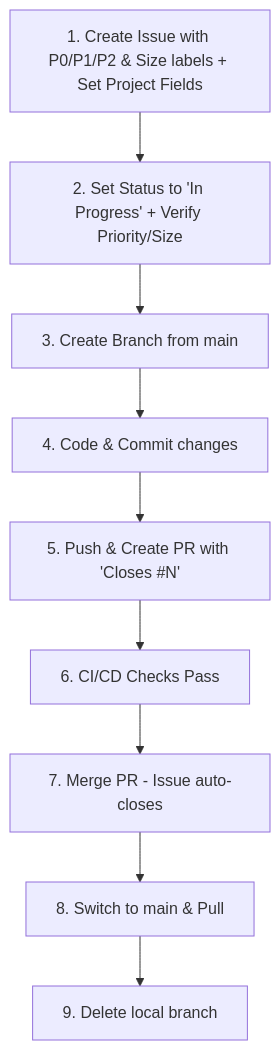
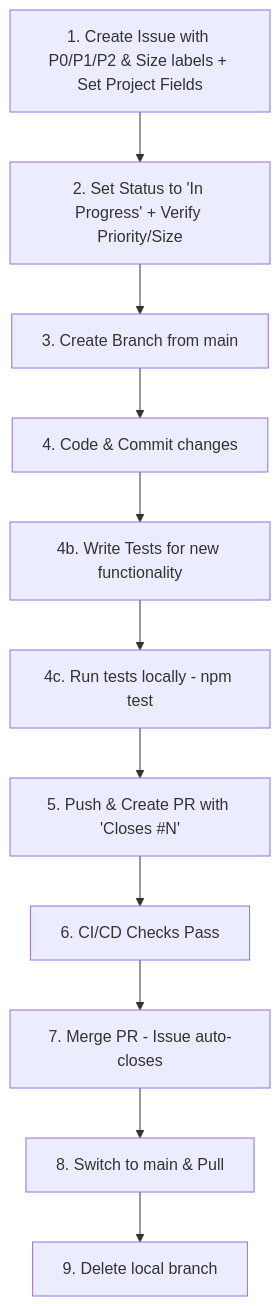
Before and after one commit to nmohamaya/Cooking_app: the diagram in MyRecipeApp/README.md, drawn with Mermaid. The commit also changed other lines of this file, not shown here.

Commit message:
docs: add testing requirement to development workflow (Issue #17)
- Add requirement to write tests for all new functionality
- Update workflow diagram to include testing steps
- Add testing requirements section in step 4
- Update PR template to include test status
- Emphasize tests must pass before creating PR

````diff
--- a/MyRecipeApp/README.md
+++ b/MyRecipeApp/README.md
@@ -105,11 +105,13 @@
 ```mermaid
 graph TD
     A[1. Create Issue with P0/P1/P2 & Size labels + Set Project Fields] --> B[2. Set Status to 'In Progress' + Verify Priority/Size]
     B --> C[3. Create Branch from main]
     C --> D[4. Code & Commit changes]
-    D --> E[5. Push & Create PR with 'Closes #N']
-    E --> F[6. CI/CD Checks Pass]
-    F --> G[7. Merge PR - Issue auto-closes]
-    G --> H[8. Switch to main & Pull]
-    H --> I[9. Delete local branch]
+    D --> E[4b. Write Tests for new functionality]
+    E --> F[4c. Run tests locally - npm test]
+    F --> G[5. Push & Create PR with 'Closes #N']
+    G --> H[6. CI/CD Checks Pass]
+    H --> I[7. Merge PR - Issue auto-closes]
+    I --> J[8. Switch to main & Pull]
+    J --> K[9. Delete local branch]
 ```
````
